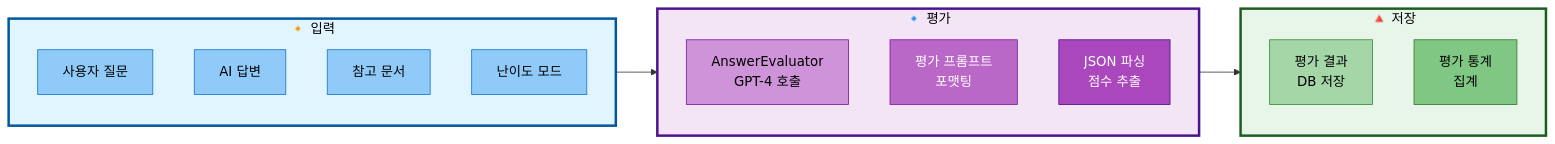
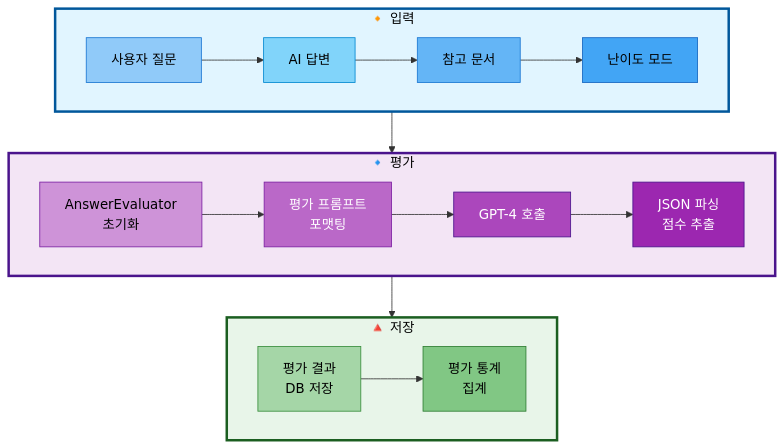
One commit to AIBootcamp14/langchainproject-new-langchainproject_5 changed the diagram in docs/modularization/10_성능평가시스템.md. Above: the diagram before and after it, drawn with Mermaid. The commit also changed other lines of this file and 1 other file, not shown here.

Commit message:
docs: mermaid 다이어그램 스타일 가이드 적용
10_성능평가시스템.md 수정:
- LR+TB 방식을 TB+LR 방식으로 변경하여 가로 길이 문제 해결
- Subgraph가 세로로 배치되고 내부는 가로 흐름
- 단계별 색상 팔레트 적용 (파랑-보라-녹색)

07_Streamlit_UI_시스템.md 수정:
- 아스키 아트를 mermaid 다이어그램으로 변경
- TB+LR 방식 적용
- 전체 구조와 AI Agent 통합 다이어그램 모두 변경
- Material Design 색상 팔레트 적용

참고: docs/mermaid_style.md, 05_프롬프트_엔지니어링.md

````diff
--- a/docs/modularization/10_성능평가시스템.md
+++ b/docs/modularization/10_성능평가시스템.md
@@ -24,42 +24,45 @@
 ```mermaid
-graph LR
+graph TB
     subgraph Input["🔸 입력"]
-        direction TB
-        A[사용자 질문]
-        B[AI 답변]
-        C[참고 문서]
-        D[난이도 모드]
+        direction LR
+        A[사용자 질문] --> B[AI 답변]
+        B --> C[참고 문서]
+        C --> D[난이도 모드]
     end
 
     subgraph Eval["🔹 평가"]
-        direction TB
-        E[AnswerEvaluator<br/>GPT-4 호출]
-        F[평가 프롬프트<br/>포맷팅]
-        G[JSON 파싱<br/>점수 추출]
+        direction LR
+        E[AnswerEvaluator<br/>초기화] --> F[평가 프롬프트<br/>포맷팅]
+        F --> G[GPT-4 호출]
+        G --> H[JSON 파싱<br/>점수 추출]
     end
 
     subgraph Storage["🔺 저장"]
-        direction TB
-        H[평가 결과<br/>DB 저장]
-        I[평가 통계<br/>집계]
+        direction LR
+        I[평가 결과<br/>DB 저장] --> J[평가 통계<br/>집계]
     end
 
     Input --> Eval
     Eval --> Storage
 
     %% Subgraph 스타일
     style Input fill:#e1f5ff,stroke:#01579b,stroke-width:3px,color:#000
     style Eval fill:#f3e5f5,stroke:#4a148c,stroke-width:3px,color:#000
     style Storage fill:#e8f5e9,stroke:#1b5e20,stroke-width:3px,color:#000
 
-    %% 노드 스타일
+    %% 노드 스타일 (입력 - 파랑 계열)
     style A fill:#90caf9,stroke:#1976d2,color:#000
-    style B fill:#90caf9,stroke:#1976d2,color:#000
-    style C fill:#90caf9,stroke:#1976d2,color:#000
-    style D fill:#90caf9,stroke:#1976d2,color:#000
+    style B fill:#81d4fa,stroke:#0288d1,color:#000
+    style C fill:#64b5f6,stroke:#1976d2,color:#000
+    style D fill:#42a5f5,stroke:#1565c0,color:#000
+
+    %% 노드 스타일 (평가 - 보라 계열)
     style E fill:#ce93d8,stroke:#7b1fa2,color:#000
     style F fill:#ba68c8,stroke:#7b1fa2,color:#fff
     style G fill:#ab47bc,stroke:#4a148c,color:#fff
-    style H fill:#a5d6a7,stroke:#388e3c,color:#000
-    style I fill:#81c784,stroke:#2e7d32,color:#000
+    style H fill:#9c27b0,stroke:#4a148c,color:#fff
+
+    %% 노드 스타일 (저장 - 녹색 계열)
+    style I fill:#a5d6a7,stroke:#388e3c,color:#000
+    style J fill:#81c784,stroke:#2e7d32,color:#000
 ```
````
